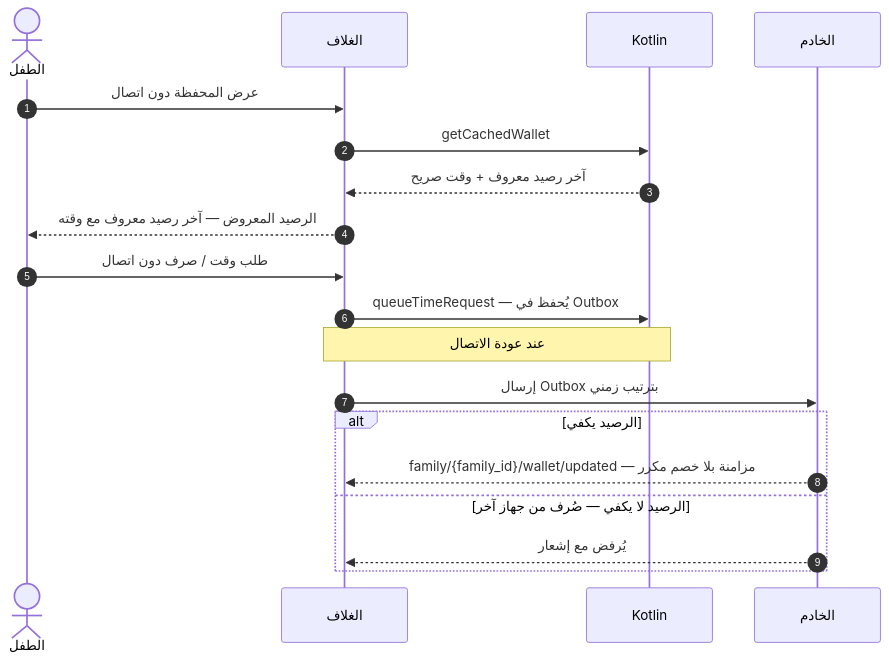
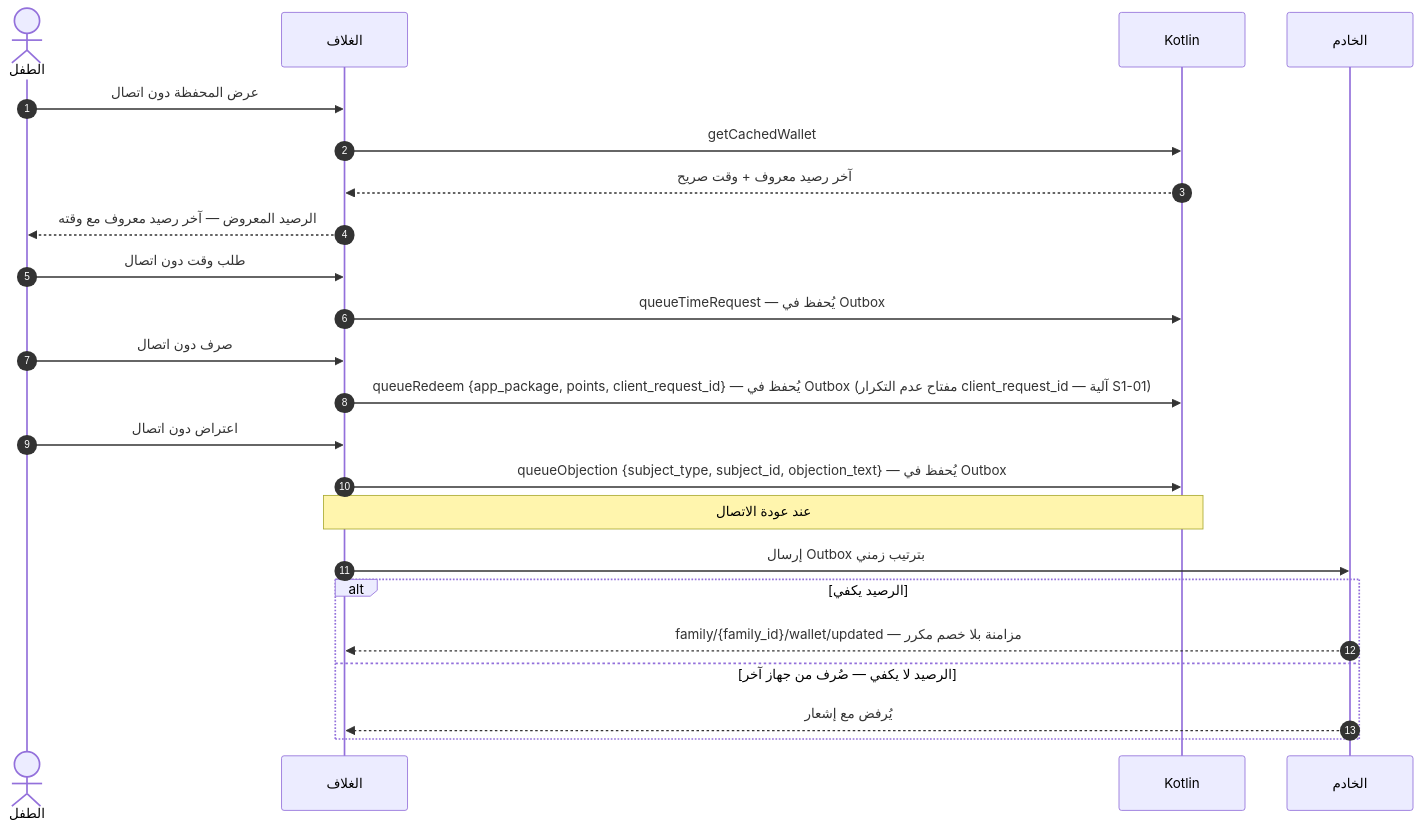
Before and after one commit to Bassam-mohammed-alqaeadi/family-os-v2: the seventh of 12 diagrams in docs/family-os/governance/phases/phase-1/S1-05-rewards-children/DIAGRAMS.md, drawn with Mermaid. The commit also changed other lines of this file and 3 other files, not shown here.

````diff
--- a/docs/family-os/governance/phases/phase-1/S1-05-rewards-children/DIAGRAMS.md
+++ b/docs/family-os/governance/phases/phase-1/S1-05-rewards-children/DIAGRAMS.md
@@ -322,21 +341,25 @@
 ```mermaid
 sequenceDiagram
     autonumber
     actor Child as الطفل
     participant Shell as الغلاف
     participant K as Kotlin
     participant Ktor as الخادم
     Child->>Shell: عرض المحفظة دون اتصال
     Shell->>K: getCachedWallet
     K-->>Shell: آخر رصيد معروف + وقت صريح
     Shell-->>Child: الرصيد المعروض — آخر رصيد معروف مع وقته
-    Child->>Shell: طلب وقت / صرف دون اتصال
+    Child->>Shell: طلب وقت دون اتصال
     Shell->>K: queueTimeRequest — يُحفظ في Outbox
+    Child->>Shell: صرف دون اتصال
+    Shell->>K: queueRedeem {app_package, points, client_request_id} — يُحفظ في Outbox (مفتاح عدم التكرار client_request_id — آلية S1-01)
+    Child->>Shell: اعتراض دون اتصال
+    Shell->>K: queueObjection {subject_type, subject_id, objection_text} — يُحفظ في Outbox
     Note over Shell,K: عند عودة الاتصال
     Shell->>Ktor: إرسال Outbox بترتيب زمني
     alt الرصيد يكفي
         Ktor-->>Shell: family/{family_id}/wallet/updated — مزامنة بلا خصم مكرر
     else الرصيد لا يكفي — صُرف من جهاز آخر
         Ktor-->>Shell: يُرفض مع إشعار
     end
 ```
````
